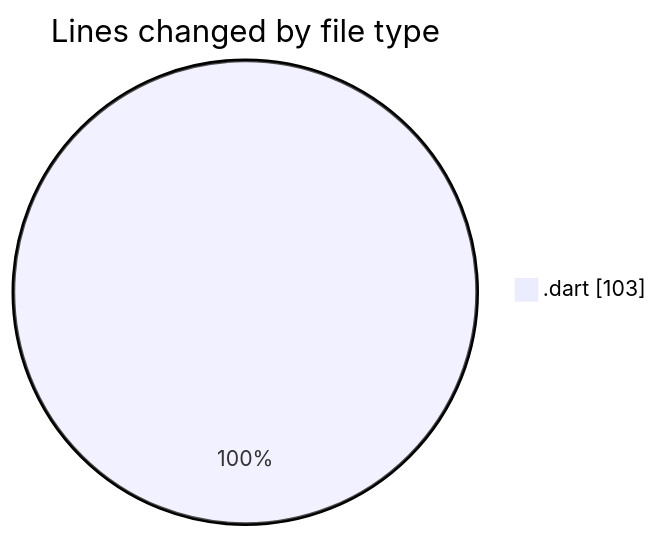
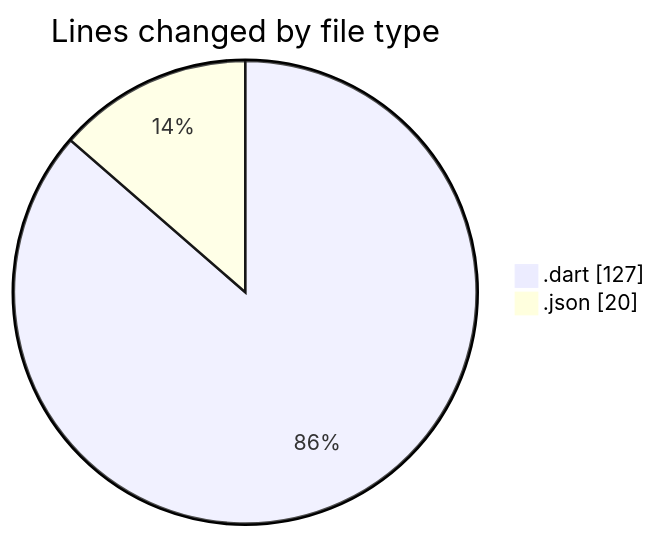
Before and after one commit to lephambinh05/code-tracking: the first of 2 diagrams in 2025-08-04/studybuddy/README.md, drawn with Mermaid. The commit also changed other lines of this file and 1 other file, not shown here.

````diff
--- a/2025-08-04/studybuddy/README.md
+++ b/2025-08-04/studybuddy/README.md
@@ -22,5 +23,6 @@
 ```mermaid
 pie showData
 title Lines changed by file type
-".dart" : 103
+".dart" : 127
+".json" : 20
 ```
````
